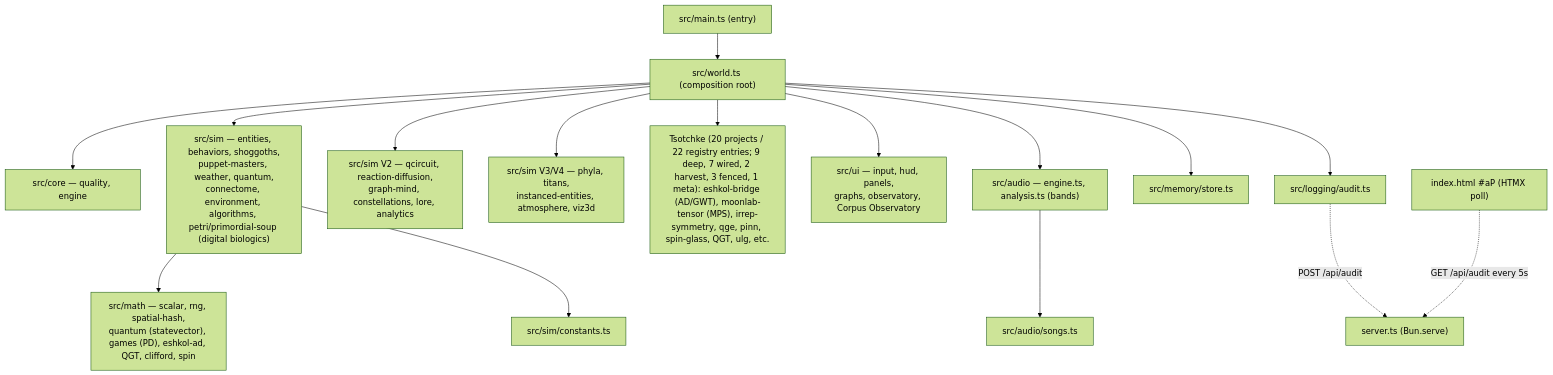
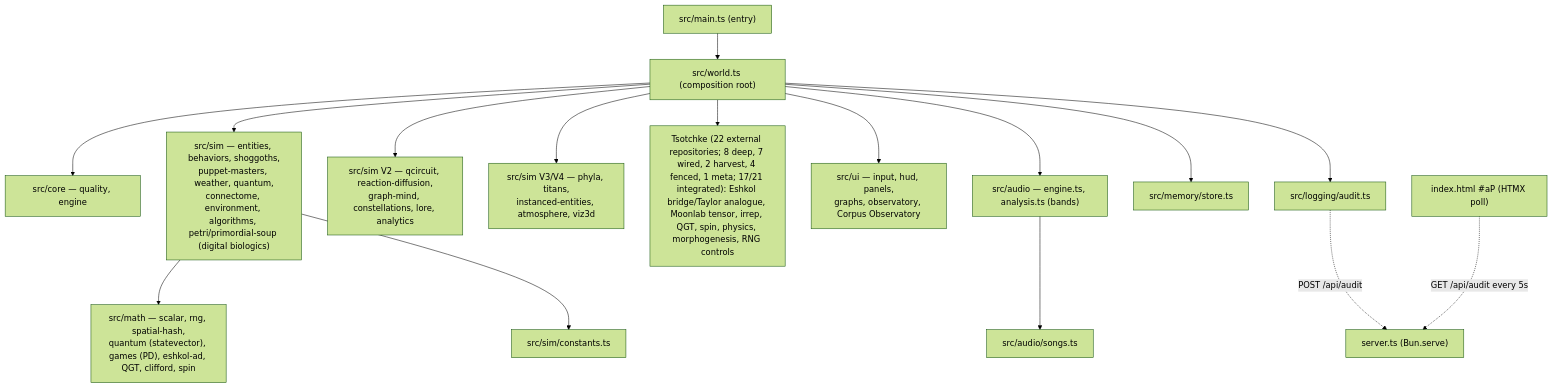
One commit to 0thernes/cosmogonic-quantum-mechalogodrom changed the diagram in README.md. Above: the diagram before and after it, drawn with Mermaid (forest theme). The commit also changed other lines of this file and 121 other files, not shown here.

````diff
--- a/README.md
+++ b/README.md
@@ -541,18 +544,18 @@
 ```mermaid
 graph TD
   main["src/main.ts (entry)"] --> world["src/world.ts (composition root)"]
   world --> core["src/core — quality, engine"]
   world --> sim["src/sim — entities, behaviors, shoggoths,\npuppet-masters, weather, quantum,\nconnectome, environment, algorithms, petri/primordial-soup (digital biologics)"]
   world --> v2["src/sim V2 — qcircuit, reaction-diffusion,\ngraph-mind, constellations, lore, analytics"]
   world --> v34["src/sim V3/V4 — phyla, titans,\ninstanced-entities, atmosphere, viz3d"]
-  world --> tsotchke["Tsotchke (20 projects / 22 registry entries; 9 deep, 7 wired, 2 harvest, 3 fenced, 1 meta): eshkol-bridge (AD/GWT), moonlab-tensor (MPS), irrep-symmetry, qge, pinn, spin-glass, QGT, ulg, etc."]
+  world --> tsotchke["Tsotchke (22 external repositories; 8 deep, 7 wired, 2 harvest, 4 fenced, 1 meta; 17/21 integrated): Eshkol bridge/Taylor analogue, Moonlab tensor, irrep, QGT, spin, physics, morphogenesis, RNG controls"]
   world --> ui["src/ui — input, hud, panels,\ngraphs, observatory, Corpus Observatory"]
   world --> audio["src/audio — engine.ts, analysis.ts (bands)"]
   world --> mem["src/memory/store.ts"]
   world --> audit["src/logging/audit.ts"]
   sim --> math["src/math — scalar, rng, spatial-hash,\nquantum (statevector), games (PD), eshkol-ad, QGT, clifford, spin"]
   sim --> constants["src/sim/constants.ts"]
   audio --> songs["src/audio/songs.ts"]
   audit -. "POST /api/audit" .-> server["server.ts (Bun.serve)"]
   htmx["index.html #aP (HTMX poll)"] -. "GET /api/audit every 5s" .-> server
 ```
````
